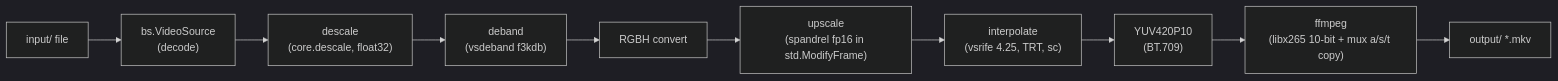
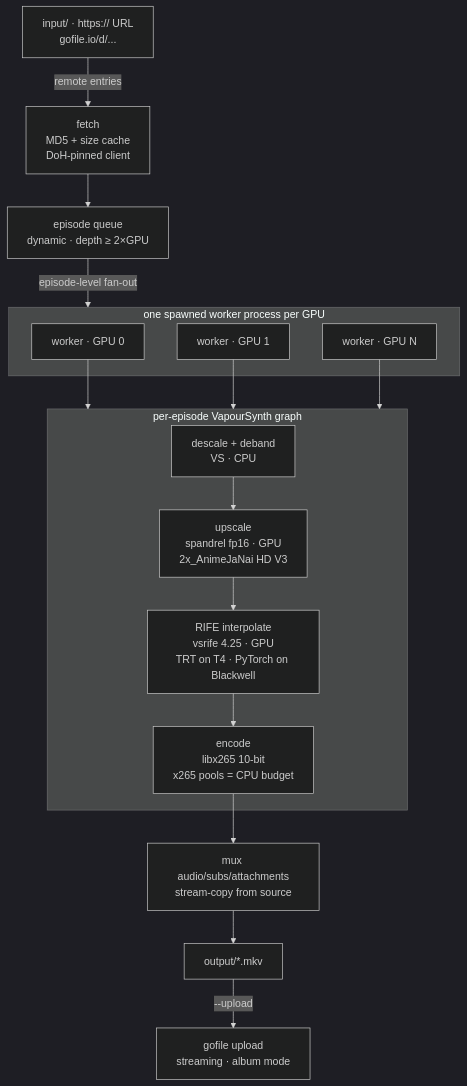
Before and after one commit to 4q4r/anime_upscale: the diagram in README.md, drawn with Mermaid (dark theme). The commit also changed other lines of this file, not shown here.

````diff
--- a/README.md
+++ b/README.md
@@ -45,12 +49,25 @@
 ```mermaid
-flowchart LR
-    A[input/ file] --> B["bs.VideoSource<br/>(decode)"]
-    B --> C["descale<br/>(core.descale, float32)"]
-    C --> D["deband<br/>(vsdeband f3kdb)"]
-    D --> E["RGBH convert"]
-    E --> F["upscale<br/>(spandrel fp16 in std.ModifyFrame)"]
-    F --> G["interpolate<br/>(vsrife 4.25, TRT, sc)"]
-    G --> H["YUV420P10<br/>(BT.709)"]
-    H --> I["ffmpeg<br/>(libx265 10-bit + mux a/s/t copy)"]
-    I --> J[output/ *.mkv]
+flowchart TB
+    IN["input/ · https:// URL<br/>gofile.io/d/..."] -->|"remote entries"| FETCH["fetch<br/>MD5 + size cache<br/>DoH-pinned client"]
+    FETCH --> QUEUE["episode queue<br/>dynamic · depth ≥ 2×GPU"]
+    QUEUE -->|"episode-level fan-out"| WORKERS
+
+    subgraph WORKERS["one spawned worker process per GPU"]
+        W0["worker · GPU 0"]
+        W1["worker · GPU 1"]
+        WN["worker · GPU N"]
+    end
+
+    W0 --> CHAIN
+    W1 --> CHAIN
+    WN --> CHAIN
+
+    subgraph CHAIN["per-episode VapourSynth graph"]
+        D["descale + deband<br/>VS · CPU"] --> U["upscale<br/>spandrel fp16 · GPU<br/>2x_AnimeJaNai HD V3"]
+        U --> R["RIFE interpolate<br/>vsrife 4.25 · GPU<br/>TRT on T4 · PyTorch on Blackwell"]
+        R --> E["encode<br/>libx265 10-bit<br/>x265 pools = CPU budget"]
+    end
+
+    E --> MUX["mux audio/subs/attachments<br/>stream-copy from source"] --> OUT["output/*.mkv"]
+    OUT -->|"--upload"| UP["gofile upload<br/>streaming · album mode"]
 ```
````
